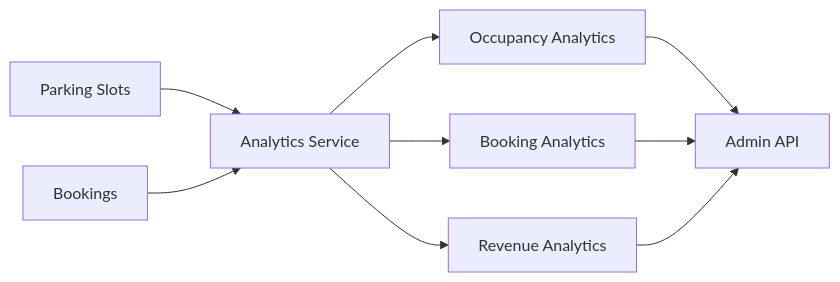
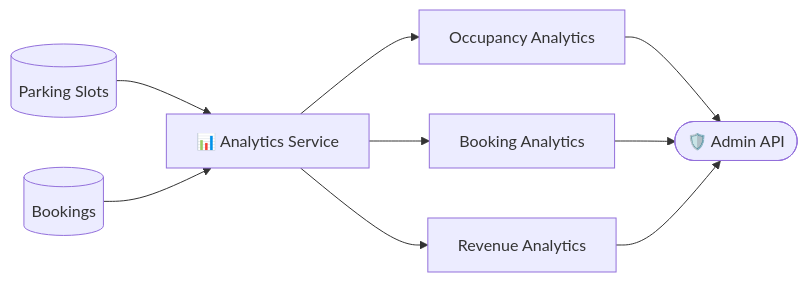
Diagram 11 of 12 in README.md (Sahil2u47/smart_parking_system), drawn with Mermaid before and after one commit. The commit also changed other lines of this file, not shown here.

````diff
--- a/README.md
+++ b/README.md
@@ -351,11 +459,11 @@
 ```mermaid
 flowchart LR
-    A[Parking Slots] --> C[Analytics Service]
-    B[Bookings] --> C
-    C --> D[Occupancy Analytics]
-    C --> E[Booking Analytics]
-    C --> F[Revenue Analytics]
-    D --> G[Admin API]
+    A[("Parking Slots")] --> C["📊 Analytics Service"]
+    B[("Bookings")] --> C
+    C --> D["Occupancy Analytics"]
+    C --> E["Booking Analytics"]
+    C --> F["Revenue Analytics"]
+    D --> G(["🛡️ Admin API"])
     E --> G
     F --> G
 ```
````
